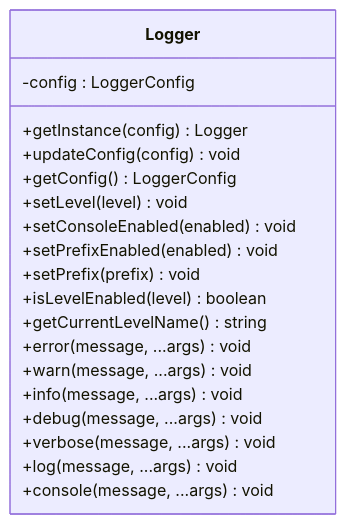
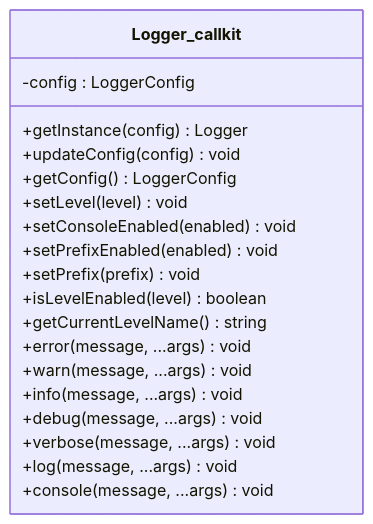
One commit to Easemob-Community/easemob-uikit-callkit-vue3 changed the third of 6 diagrams in .qoder/repowiki/zh/content/工具函数/日志管理器.md. Above: the diagram before and after it, drawn with Mermaid. The commit also changed other lines of this file and 58 other files, not shown here.

````diff
--- a/.qoder/repowiki/zh/content/工具函数/日志管理器.md
+++ b/.qoder/repowiki/zh/content/工具函数/日志管理器.md
@@ -148,22 +184,22 @@
 ```mermaid
 classDiagram
-class Logger {
+class Logger_callkit {
 -config : LoggerConfig
 +getInstance(config) Logger
 +updateConfig(config) void
 +getConfig() LoggerConfig
 +setLevel(level) void
 +setConsoleEnabled(enabled) void
 +setPrefixEnabled(enabled) void
 +setPrefix(prefix) void
 +isLevelEnabled(level) boolean
 +getCurrentLevelName() string
 +error(message, ...args) void
 +warn(message, ...args) void
 +info(message, ...args) void
 +debug(message, ...args) void
 +verbose(message, ...args) void
 +log(message, ...args) void
 +console(message, ...args) void
 }
 ```
````
